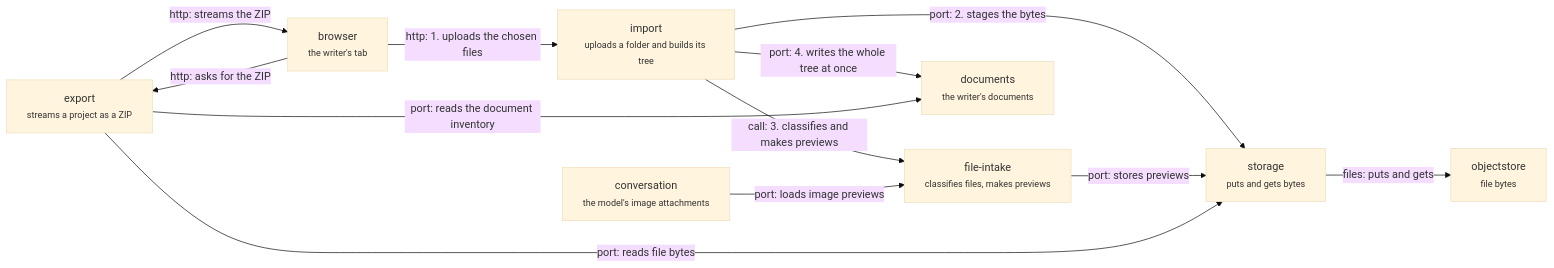
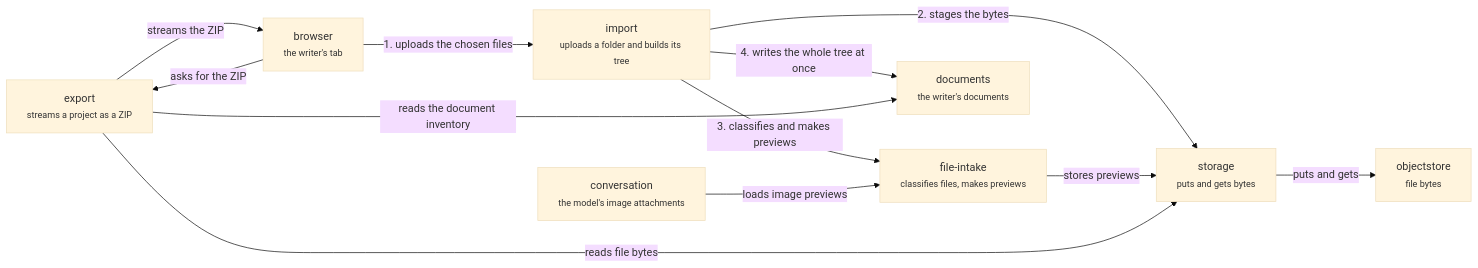
The diagram in .context/system-architecture/server-files.md (haowjy/meridian-flow), drawn with Mermaid (base theme) before and after one commit. The commit also changed 13 other files, not shown here.

````diff
--- a/.context/system-architecture/server-files.md
+++ b/.context/system-architecture/server-files.md
@@ -5,22 +5,22 @@
 ```mermaid
 flowchart LR
   import["import<br/><small>uploads a folder and builds its tree</small>"]:::domain
   export["export<br/><small>streams a project as a ZIP</small>"]:::domain
   file-intake["file-intake<br/><small>classifies files, makes previews</small>"]:::domain
   storage["storage<br/><small>puts and gets bytes</small>"]:::domain
   browser["browser<br/><small>the writer's tab</small>"]:::context
   documents["documents<br/><small>the writer's documents</small>"]:::context
   conversation["conversation<br/><small>the model's image attachments</small>"]:::context
   objectstore["objectstore<br/><small>file bytes</small>"]:::context
-  browser -->|"http: 1. uploads the chosen files"| import
-  import -->|"port: 2. stages the bytes"| storage
-  import -->|"call: 3. classifies and makes previews"| file-intake
-  import -->|"port: 4. writes the whole tree at once"| documents
-  file-intake -->|"port: stores previews"| storage
-  storage -->|"files: puts and gets"| objectstore
-  browser -->|"http: asks for the ZIP"| export
-  export -->|"port: reads the document inventory"| documents
-  export -->|"port: reads file bytes"| storage
-  export -->|"http: streams the ZIP"| browser
-  conversation -->|"port: loads image previews"| file-intake
+  browser -->|"1. uploads the chosen files"| import
+  import -->|"2. stages the bytes"| storage
+  import -->|"3. classifies and makes previews"| file-intake
+  import -->|"4. writes the whole tree at once"| documents
+  file-intake -->|"stores previews"| storage
+  storage -->|"puts and gets"| objectstore
+  browser -->|"asks for the ZIP"| export
+  export -->|"reads the document inventory"| documents
+  export -->|"reads file bytes"| storage
+  export -->|"streams the ZIP"| browser
+  conversation -->|"loads image previews"| file-intake
 ```
````
